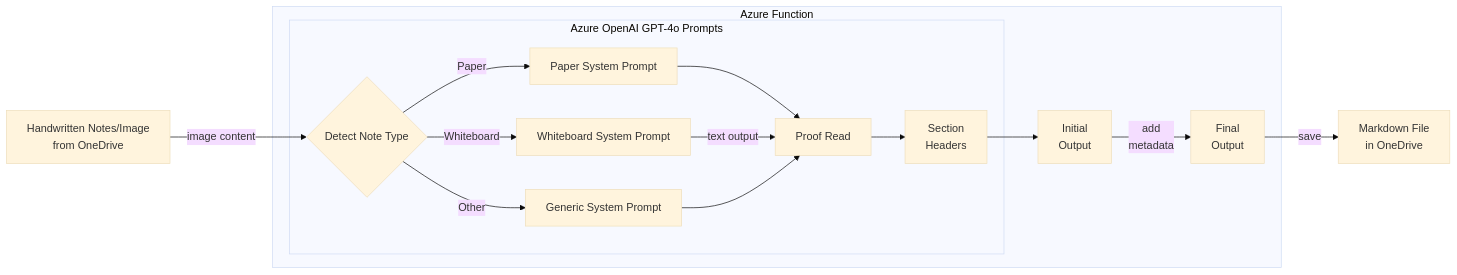
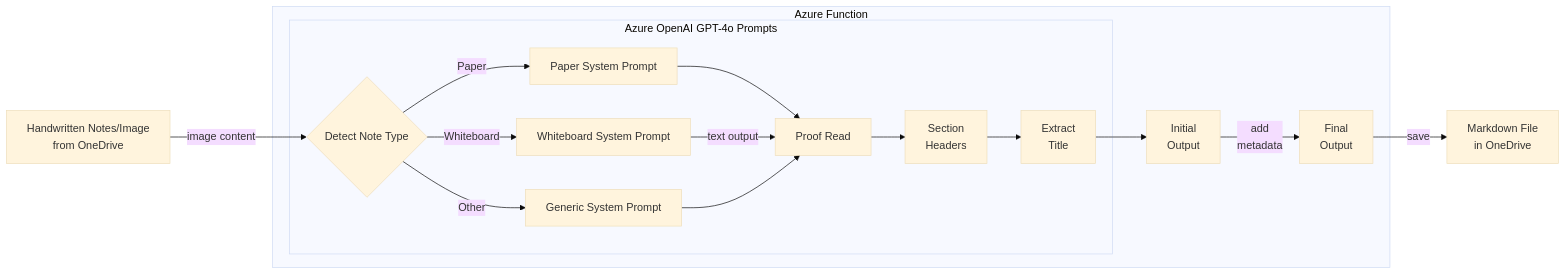
One commit to raffertyuy/Handwriting-to-Markdown-GPT changed the diagram in README.md. Above: the diagram before and after it, drawn with Mermaid (base theme). The commit also changed other lines of this file and 7 other files, not shown here.

````diff
--- a/README.md
+++ b/README.md
@@ -18,18 +18,19 @@
 ```mermaid
 flowchart LR
     H[Handwritten Notes/Image<br />from OneDrive] --> |image content| N{Detect Note Type}
     subgraph "Azure Function"
         subgraph "Azure OpenAI GPT-4o Prompts"
             N --> |Paper| P[Paper System Prompt]
             N --> |Whiteboard| W[Whiteboard System Prompt]
             N --> |Other| O[Generic System Prompt]
             P --> PR[Proof Read]
             W --> |text output| PR
             O --> PR
             PR --> S[Section<br />Headers]
+            S --> ET[Extract<br />Title]
         end
-         S --> IT[Initial<br />Output]
+         ET --> IT[Initial<br />Output]
          IT --> |add<br />metadata| Output[Final<br />Output]
     end
     Output --> |save| MD[Markdown File<br />in OneDrive]
 ```
````
